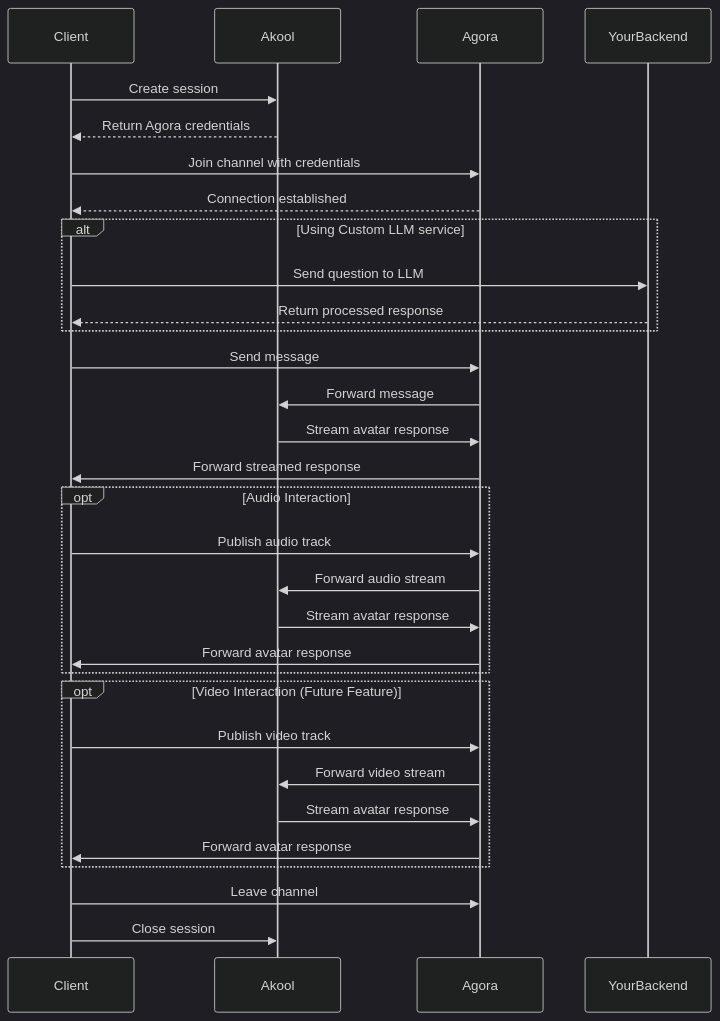
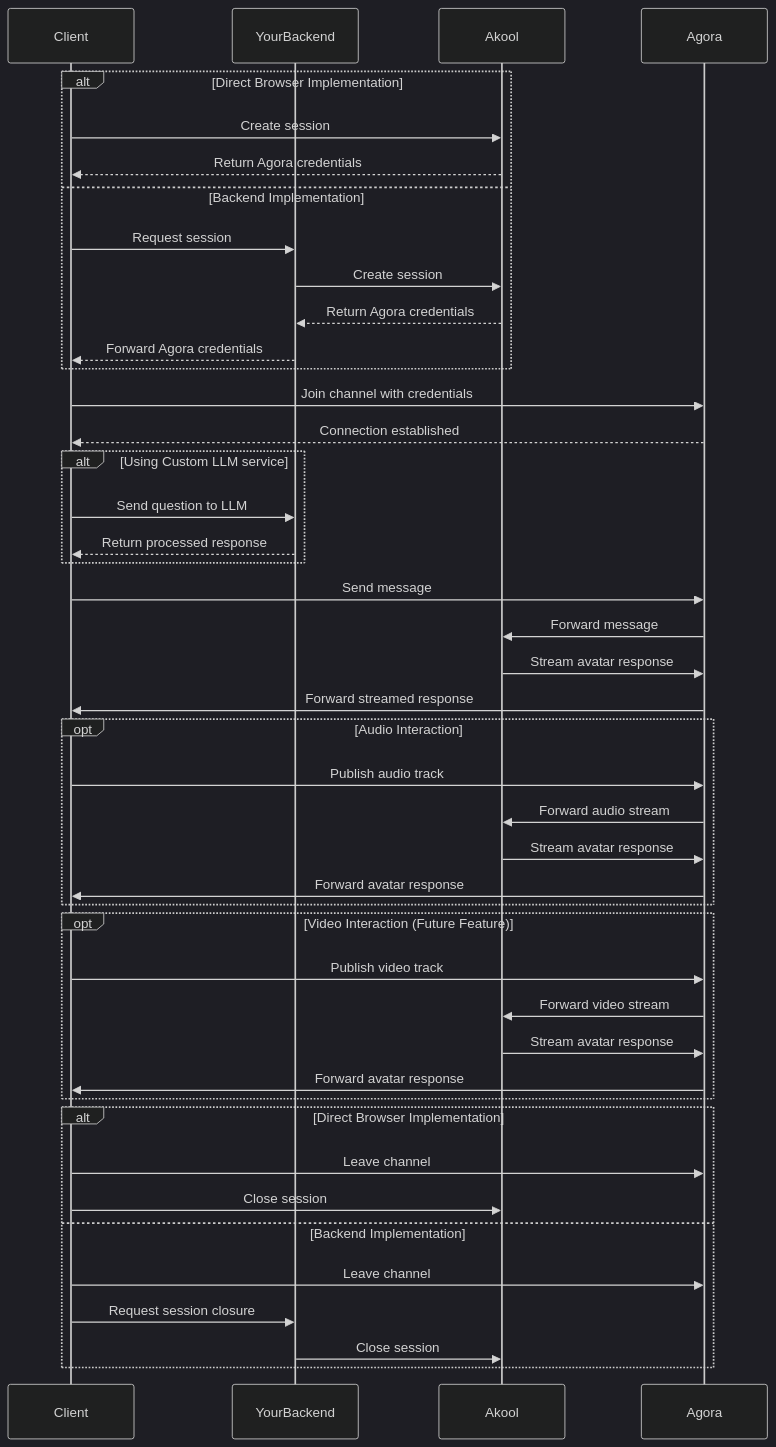
Before and after one commit to jinjuezhou/mintlify-docs: the diagram in implementation-guide/streaming-avatar.mdx, drawn with Mermaid (dark theme). The commit also changed other lines of this file and 1 other file, not shown here.

Commit message:
feat(streamingAvatar): clarify parameter descriptions, improve examples, and emphasize backend implementation for security.

````diff
--- a/implementation-guide/streaming-avatar.mdx
+++ b/implementation-guide/streaming-avatar.mdx
@@ -54,49 +56,62 @@
 ```mermaid
 sequenceDiagram
     participant Client
+    participant YourBackend
     participant Akool
     participant Agora
-    participant YourBackend
 
-    %% Session Creation
-    Client->>Akool: Create session
-    Akool-->>Client: Return Agora credentials
+    %% Session Creation - Two Paths
+    alt Direct Browser Implementation
+        Client->>Akool: Create session
+        Akool-->>Client: Return Agora credentials
+    else Backend Implementation
+        Client->>YourBackend: Request session
+        YourBackend->>Akool: Create session
+        Akool-->>YourBackend: Return Agora credentials
+        YourBackend-->>Client: Forward Agora credentials
+    end
 
     %% Agora Connection
     Client->>Agora: Join channel with credentials
     Agora-->>Client: Connection established
 
     %% Optional LLM Integration
     alt Using Custom LLM service
         Client->>YourBackend: Send question to LLM
         YourBackend-->>Client: Return processed response
     end
 
     %% Message Flow
     Client->>Agora: Send message
     Agora->>Akool: Forward message
     
     %% Response Flow
     Akool->>Agora: Stream avatar response
     Agora->>Client: Forward streamed response
 
     %% Audio Flow (Optional)
     opt Audio Interaction
         Client->>Agora: Publish audio track
         Agora->>Akool: Forward audio stream
         Akool->>Agora: Stream avatar response
         Agora->>Client: Forward avatar response
     end
 
     %% Video Flow (Coming Soon)
     opt Video Interaction (Future Feature)
         Client->>Agora: Publish video track
         Agora->>Akool: Forward video stream
         Akool->>Agora: Stream avatar response
         Agora->>Client: Forward avatar response
     end
 
-    %% Cleanup
-    Client->>Agora: Leave channel
-    Client->>Akool: Close session
+    %% Cleanup - Two Paths
+    alt Direct Browser Implementation
+        Client->>Agora: Leave channel
+        Client->>Akool: Close session
+    else Backend Implementation
+        Client->>Agora: Leave channel
+        Client->>YourBackend: Request session closure
+        YourBackend->>Akool: Close session
+    end
 ```
````
